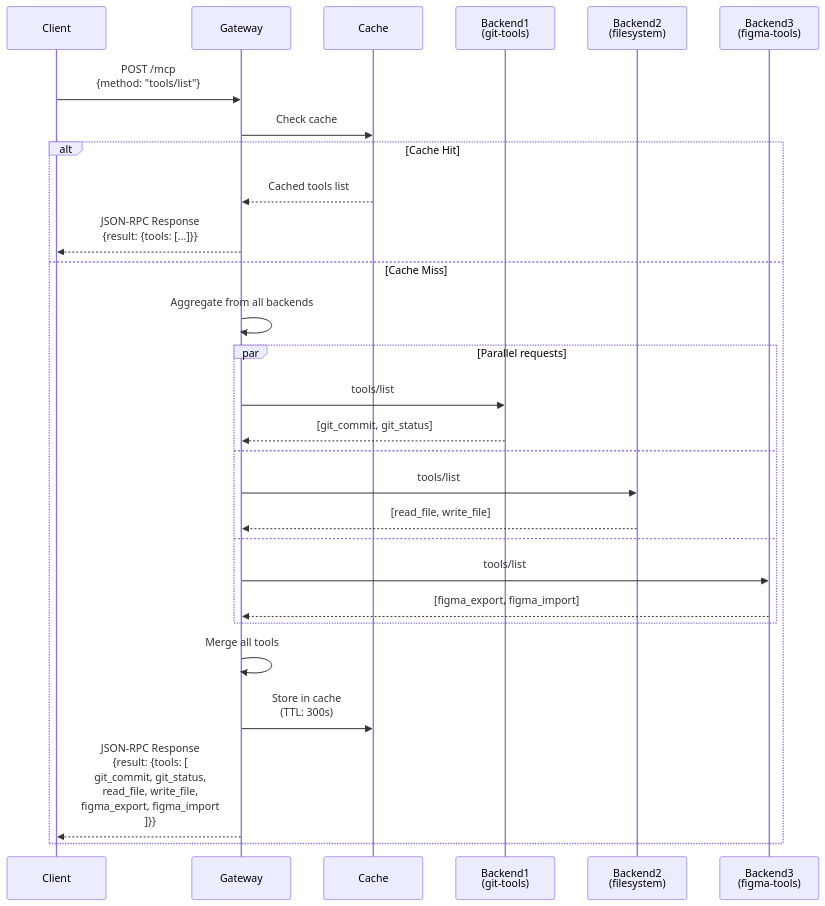
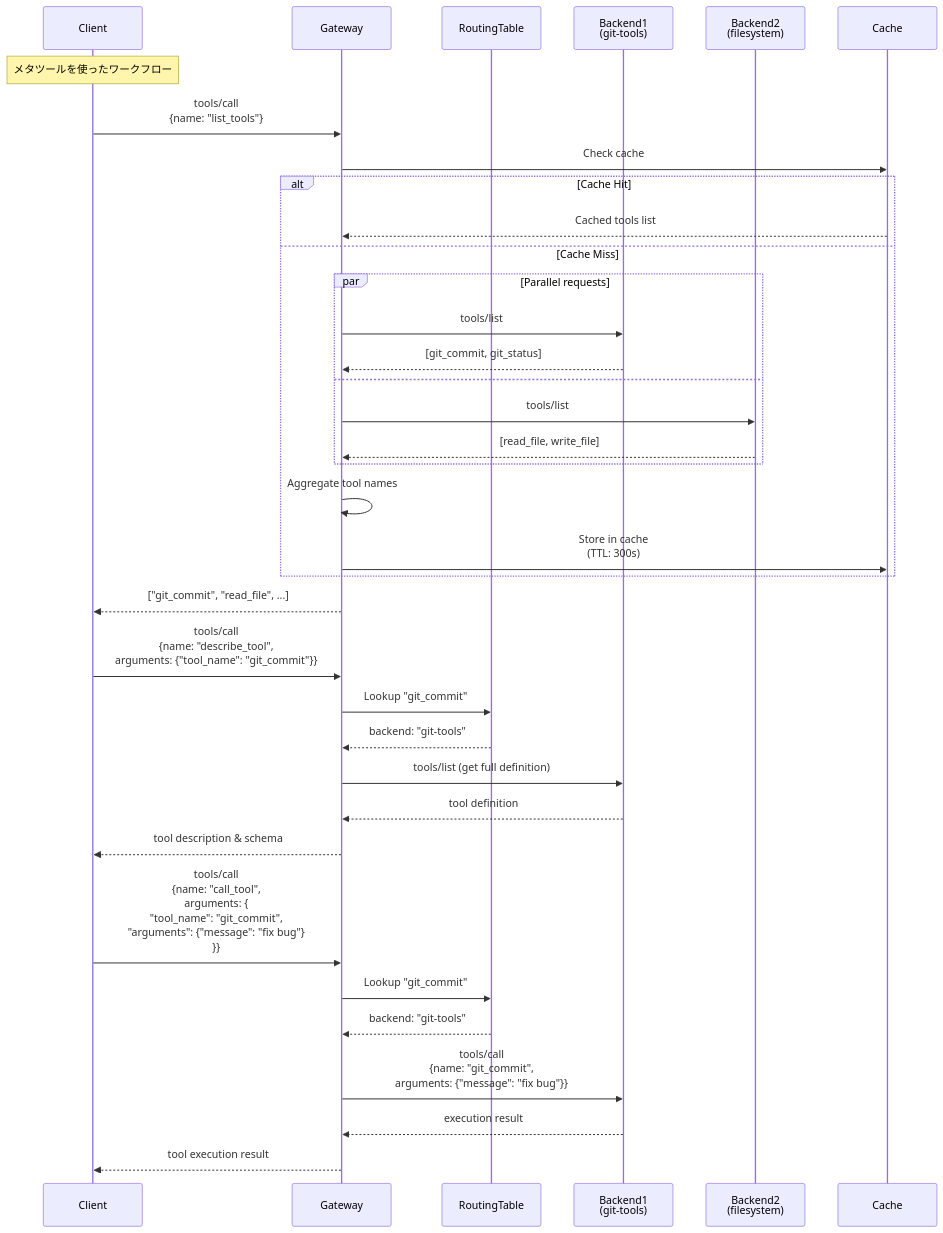
Before and after one commit to takutakahashi/awesome-mcp-proxy: the fifth of 8 diagrams in docs/sequence-diagram.md, drawn with Mermaid. The commit also changed other lines of this file and 1 other file, not shown here.

First line of the commit message:
feat: Implement meta-tool architecture for MCP Gateway

````diff
--- a/docs/sequence-diagram.md
+++ b/docs/sequence-diagram.md
@@ -84,37 +111,46 @@
 ```mermaid
 sequenceDiagram
     participant C as Client
     participant GW as Gateway
-    participant Cache as Cache
+    participant RT as RoutingTable
     participant B1 as Backend1<br/>(git-tools)
     participant B2 as Backend2<br/>(filesystem)
-    participant B3 as Backend3<br/>(figma-tools)
+    participant Cache as Cache
 
-    C->>GW: POST /mcp<br/>{method: "tools/list"}
+    Note over C: メタツールを使ったワークフロー
+    
+    C->>GW: tools/call<br/>{name: "list_tools"}
     
     GW->>Cache: Check cache
     
     alt Cache Hit
         Cache-->>GW: Cached tools list
-        GW-->>C: JSON-RPC Response<br/>{result: {tools: [...]}}
     else Cache Miss
-        GW->>GW: Aggregate from all backends
-        
         par Parallel requests
             GW->>B1: tools/list
             B1-->>GW: [git_commit, git_status]
         and
-            GW->>B2: tools/list
+            GW->>B2: tools/list  
             B2-->>GW: [read_file, write_file]
-        and
-            GW->>B3: tools/list
-            B3-->>GW: [figma_export, figma_import]
         end
         
-        GW->>GW: Merge all tools
-        
+        GW->>GW: Aggregate tool names
         GW->>Cache: Store in cache<br/>(TTL: 300s)
-        
-        GW-->>C: JSON-RPC Response<br/>{result: {tools: [<br/>  git_commit, git_status,<br/>  read_file, write_file,<br/>  figma_export, figma_import<br/>]}}
     end
+    
+    GW-->>C: ["git_commit", "read_file", ...]
+    
+    C->>GW: tools/call<br/>{name: "describe_tool",<br/>arguments: {"tool_name": "git_commit"}}
+    GW->>RT: Lookup "git_commit"
+    RT-->>GW: backend: "git-tools"
+    GW->>B1: tools/list (get full definition)
+    B1-->>GW: tool definition
+    GW-->>C: tool description & schema
+    
+    C->>GW: tools/call<br/>{name: "call_tool",<br/>arguments: {<br/>  "tool_name": "git_commit",<br/>  "arguments": {"message": "fix bug"}<br/>}}
+    GW->>RT: Lookup "git_commit"
+    RT-->>GW: backend: "git-tools"
+    GW->>B1: tools/call<br/>{name: "git_commit",<br/>arguments: {"message": "fix bug"}}
+    B1-->>GW: execution result
+    GW-->>C: tool execution result
 ```
````
